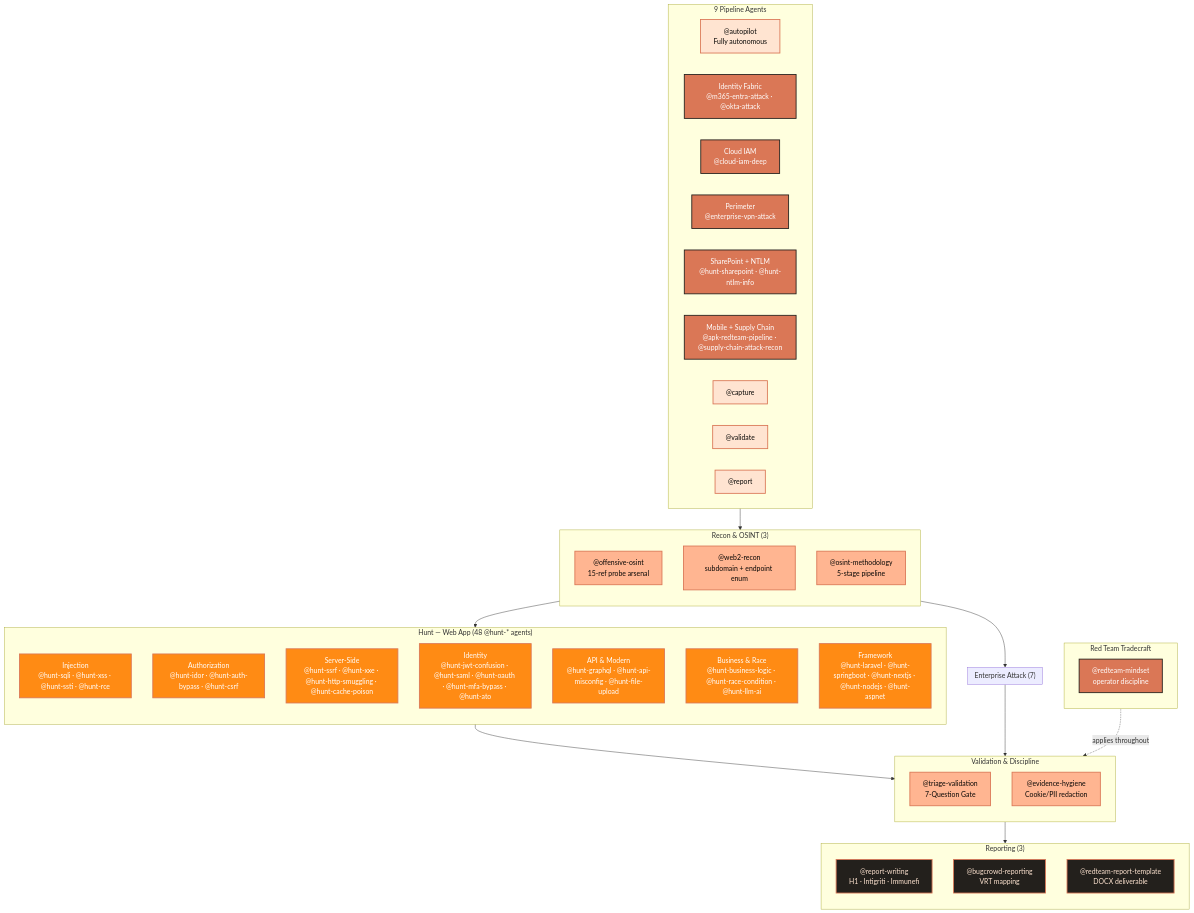
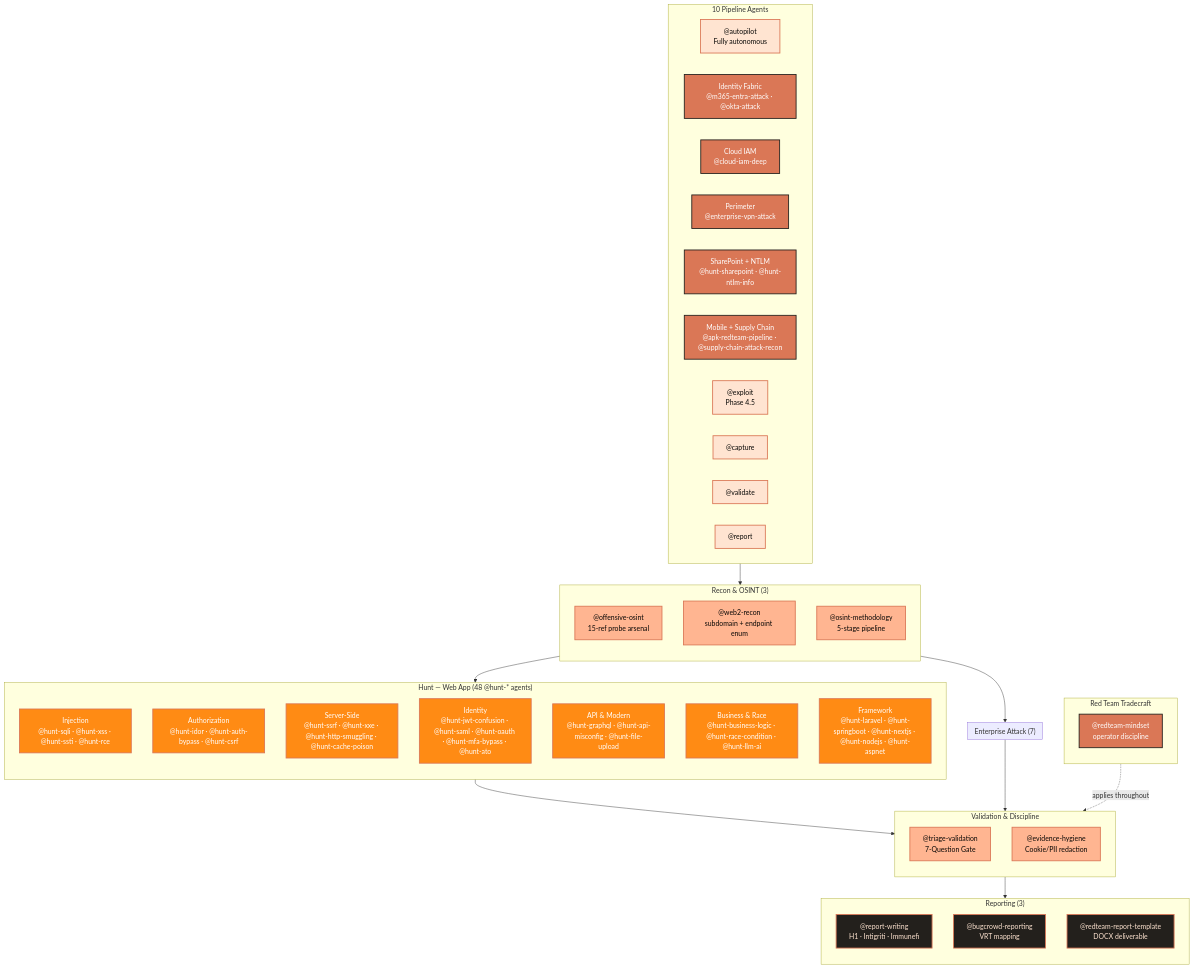
Before and after one commit to manojxshrestha/dristi: the first of 2 diagrams in README.md, drawn with Mermaid. The commit also changed other lines of this file and 11 other files, not shown here.

First line of the commit message:
Phase 4.5: Fix docs + scripts for exploit agent and new install flow

````diff
--- a/README.md
+++ b/README.md
@@ -79,77 +79,78 @@
 ```mermaid
 graph TB
     classDef pipeline fill:#FFE4D1,stroke:#DA7756,stroke-width:2px,color:#080705
     classDef recon fill:#FFB591,stroke:#DA7756,stroke-width:2px,color:#080705
     classDef hunt fill:#FF8B14,stroke:#DA7756,stroke-width:2px,color:#fff
     classDef platform fill:#DA7756,stroke:#23201C,stroke-width:2px,color:#fff
     classDef mobile fill:#E8A87C,stroke:#DA7756,stroke-width:2px,color:#080705
     classDef redteam fill:#DA7756,stroke:#23201C,stroke-width:2px,color:#fff
     classDef validate fill:#FFB591,stroke:#DA7756,stroke-width:2px,color:#080705
     classDef report fill:#23201C,stroke:#DA7756,stroke-width:2px,color:#FFE4D1
 
-    subgraph PIPELINE ["9 Pipeline Agents"]
+    subgraph PIPELINE ["10 Pipeline Agents"]
         direction LR
         P0["@autopilot<br/>Fully autonomous"]:::pipeline
         P1["@consult<br/>Interactive mode"]:::pipeline
         P2["@scope"]:::pipeline
         P3["@recon"]:::pipeline
         P4["@surface"]:::pipeline
         P5["@hunt"]:::pipeline
+        P5a["@exploit<br/>Phase 4.5"]:::pipeline
         P6["@capture"]:::pipeline
         P7["@validate"]:::pipeline
         P8["@report"]:::pipeline
     end
 
     subgraph RECON ["Recon & OSINT (3)"]
         direction TB
         R1["@offensive-osint<br/>15-ref probe arsenal"]:::recon
         R2["@web2-recon<br/>subdomain + endpoint enum"]:::recon
         R3["@osint-methodology<br/>5-stage pipeline"]:::recon
     end
 
     subgraph HUNT ["Hunt — Web App (48 @hunt-* agents)"]
         direction TB
         H1["Injection<br/>@hunt-sqli · @hunt-xss · @hunt-ssti · @hunt-rce"]:::hunt
         H2["Authorization<br/>@hunt-idor · @hunt-auth-bypass · @hunt-csrf"]:::hunt
         H3["Server-Side<br/>@hunt-ssrf · @hunt-xxe · @hunt-http-smuggling · @hunt-cache-poison"]:::hunt
         H4["Identity<br/>@hunt-jwt-confusion · @hunt-saml · @hunt-oauth · @hunt-mfa-bypass · @hunt-ato"]:::hunt
         H5["API & Modern<br/>@hunt-graphql · @hunt-api-misconfig · @hunt-file-upload"]:::hunt
         H6["Business & Race<br/>@hunt-business-logic · @hunt-race-condition · @hunt-llm-ai"]:::hunt
         H7["Framework<br/>@hunt-laravel · @hunt-springboot · @hunt-nextjs · @hunt-nodejs · @hunt-aspnet"]:::hunt
     end
 
     subgraph PLATFORM ["Enterprise Attack (7)"]
         direction TB
         P1["Identity Fabric<br/>@m365-entra-attack · @okta-attack"]:::platform
         P2["Cloud IAM<br/>@cloud-iam-deep"]:::platform
         P3["Perimeter<br/>@enterprise-vpn-attack"]:::platform
         P4["SharePoint + NTLM<br/>@hunt-sharepoint · @hunt-ntlm-info"]:::platform
         P5["Mobile + Supply Chain<br/>@apk-redteam-pipeline · @supply-chain-attack-recon"]:::platform
     end
 
     subgraph REDTEAM ["Red Team Tradecraft"]
         direction TB
         RT1["@redteam-mindset<br/>operator discipline"]:::redteam
     end
 
     subgraph VALIDATE ["Validation & Discipline"]
         direction TB
         V1["@triage-validation<br/>7-Question Gate"]:::validate
         V2["@evidence-hygiene<br/>Cookie/PII redaction"]:::validate
     end
 
     subgraph REPORT ["Reporting (3)"]
         direction TB
         E1["@report-writing<br/>H1 · Intigriti · Immunefi"]:::report
         E2["@bugcrowd-reporting<br/>VRT mapping"]:::report
         E3["@redteam-report-template<br/>DOCX deliverable"]:::report
     end
 
     PIPELINE --> RECON
     RECON --> HUNT
     RECON --> PLATFORM
     HUNT --> VALIDATE
     PLATFORM --> VALIDATE
     REDTEAM -.applies throughout.-> VALIDATE
     VALIDATE --> REPORT
 ```
````
